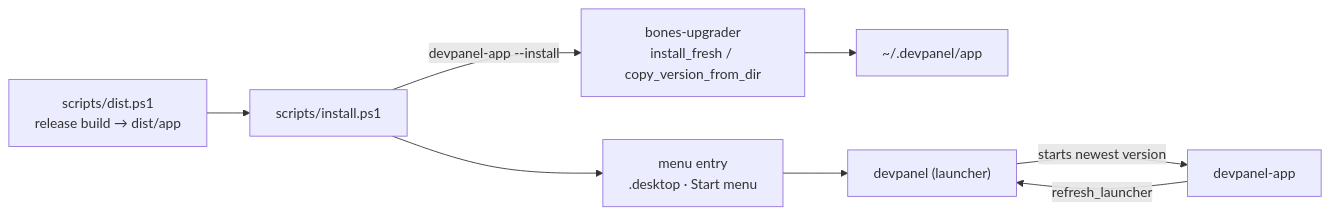
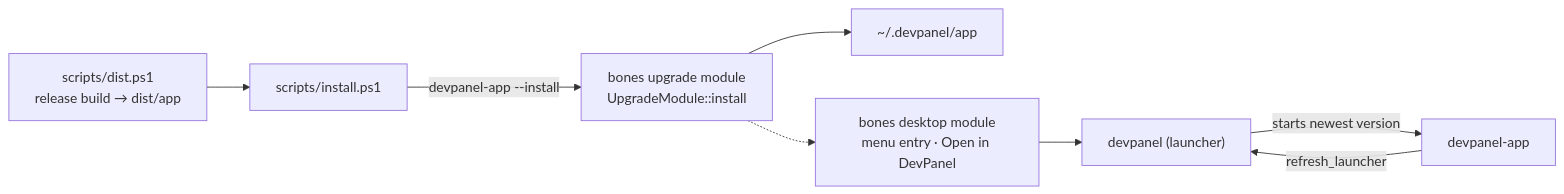
The diagram in docs/installation.md (an-dr/dev-panel), drawn with Mermaid before and after one commit. The commit also changed other lines of this file and 72 other files, not shown here.

````diff
--- a/docs/installation.md
+++ b/docs/installation.md
@@ -22,10 +23,10 @@
 ```mermaid
 flowchart LR
     Dist["scripts/dist.ps1<br/>release build → dist/app"] --> Install["scripts/install.ps1"]
-    Install -->|"devpanel-app --install"| Upgrader["bones-upgrader<br/>install_fresh / copy_version_from_dir"]
+    Install -->|"devpanel-app --install"| Upgrader["bones upgrade module<br/>UpgradeModule::install"]
     Upgrader --> Folder["~/.devpanel/app"]
-    Install --> Menu["menu entry<br/>.desktop · Start menu"]
-    Menu --> Launcher["devpanel (launcher)"]
+    Upgrader -.-> Desktop["bones desktop module<br/>menu entry · Open in DevPanel"]
+    Desktop --> Launcher["devpanel (launcher)"]
     Launcher -->|starts newest version| App["devpanel-app"]
     App -->|refresh_launcher| Launcher
 ```
````
